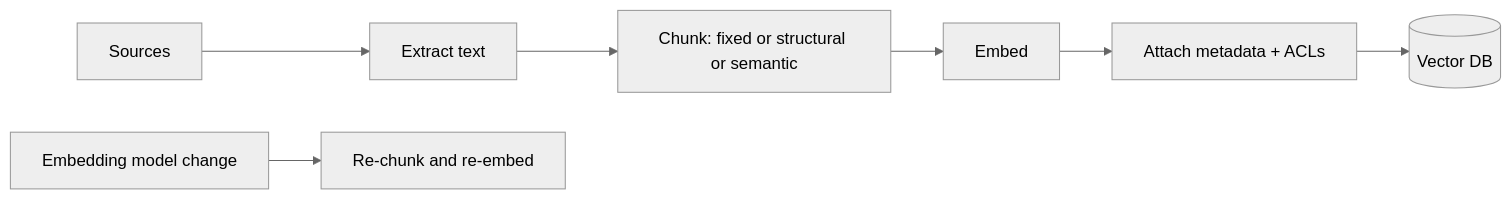
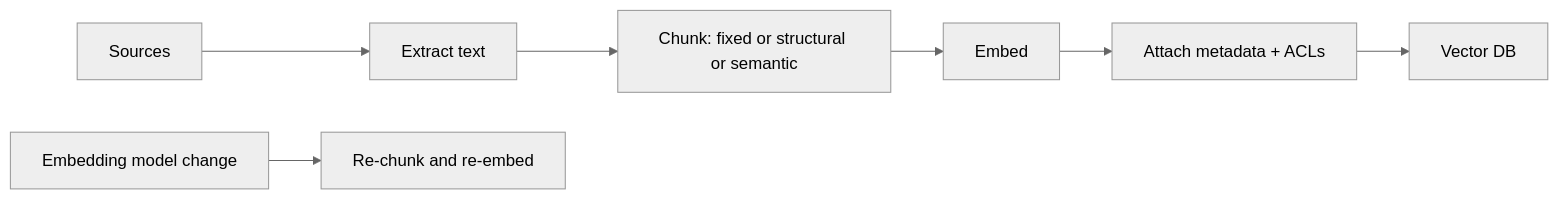
Before and after one commit to RIT-MESH/system-design-mastery: the diagram in docs/ai-systems/04-chunking-ingestion.md, drawn with Mermaid (neutral theme). The commit also changed 139 other files, not shown here.

First line of the commit message:
Fix Mermaid parse errors: replace parentheses in node labels across 140 files

````diff
--- a/docs/ai-systems/04-chunking-ingestion.md
+++ b/docs/ai-systems/04-chunking-ingestion.md
@@ -19,10 +19,10 @@
 ```mermaid
 %% created-for: system-design-mastery
 flowchart LR
   Src[Sources] --> Extract[Extract text]
   Extract --> Chunk[Chunk: fixed or structural or semantic]
   Chunk --> Embed[Embed]
   Embed --> Meta[Attach metadata + ACLs]
-  Meta --> VDB[(Vector DB)]
+  Meta --> VDB[Vector DB]
   ModelChange[Embedding model change] --> Rechunk[Re-chunk and re-embed]
 ```
````
